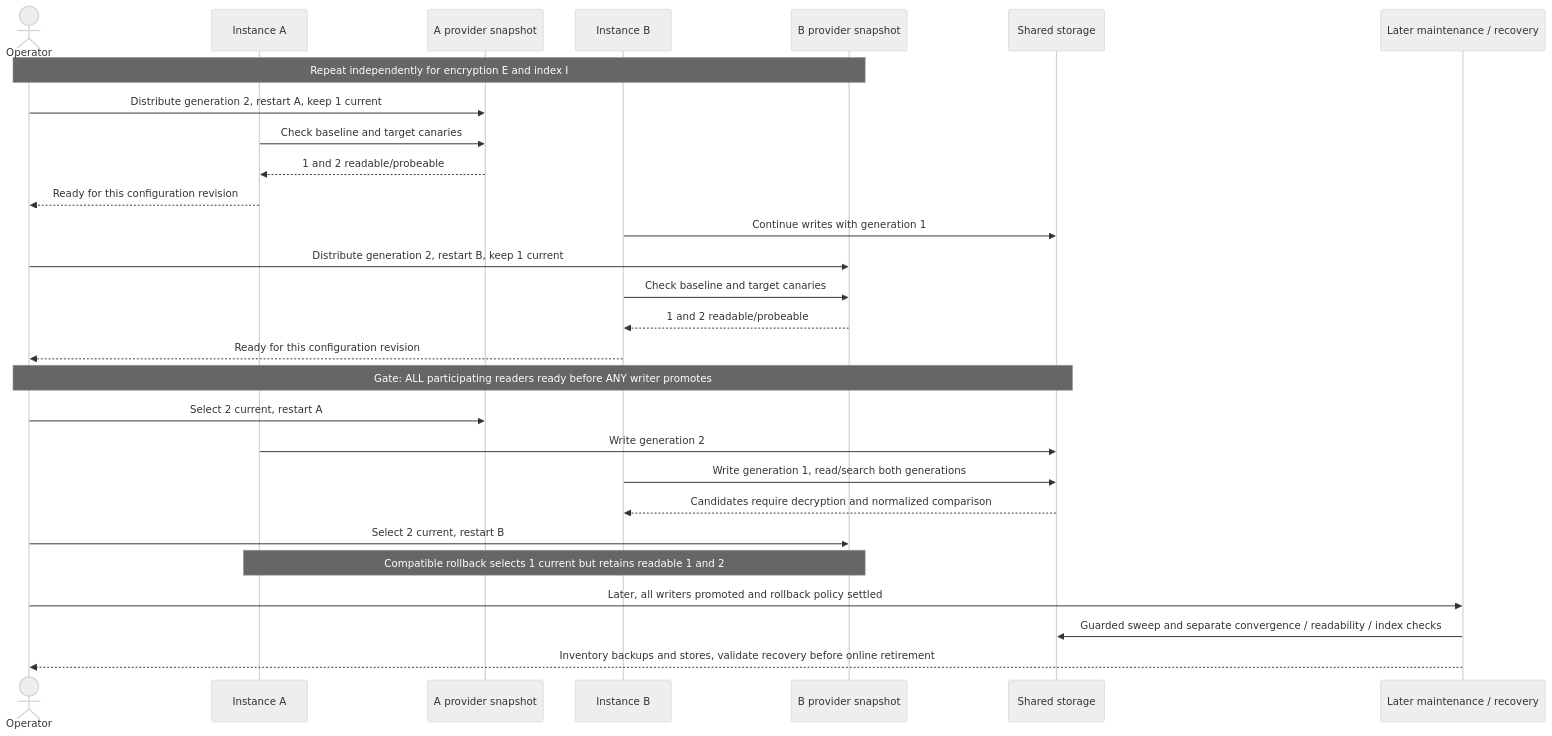
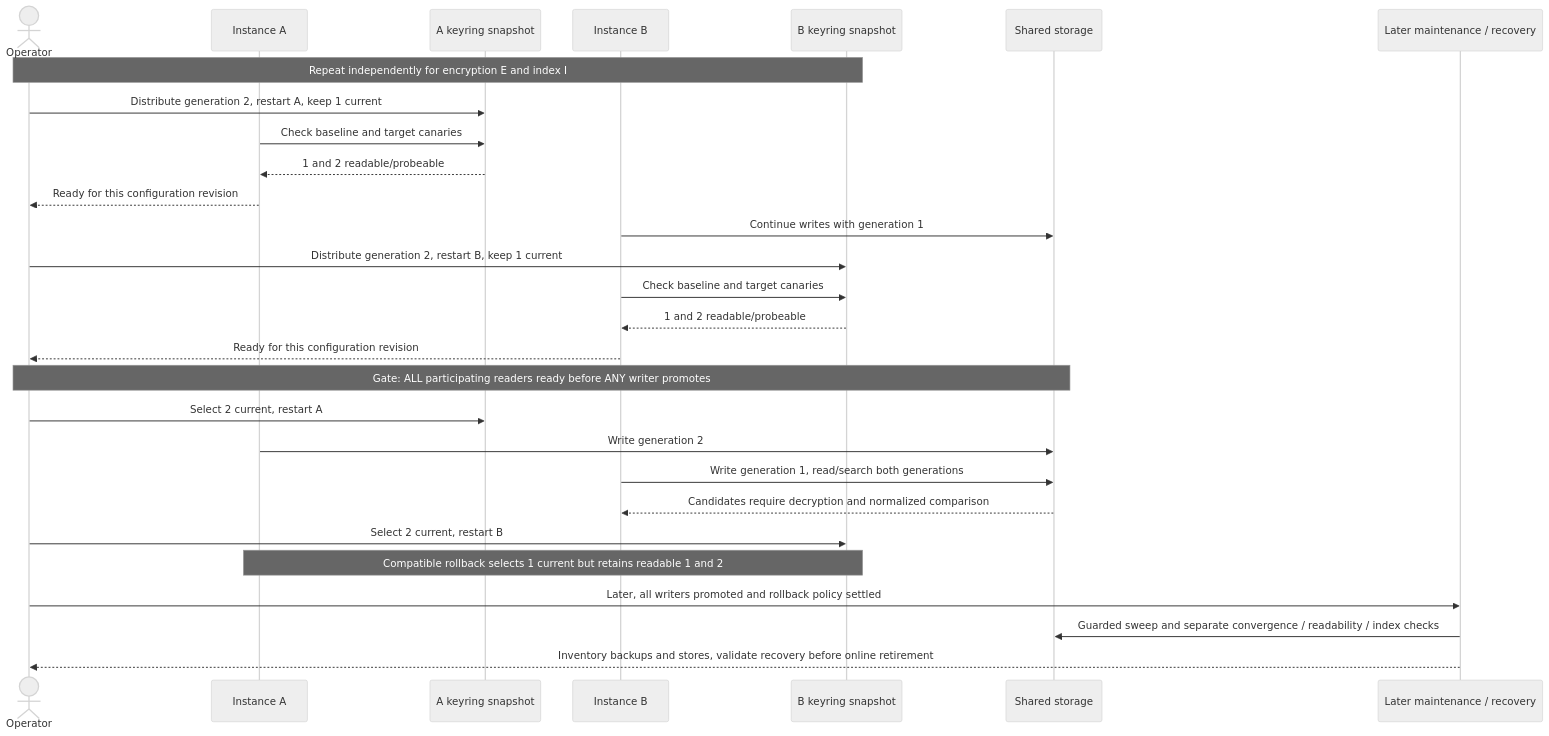
One commit to sagikazarmark/cryptbox changed the diagram in docs/diagrams/rotation.mmd. Above: the diagram before and after it, drawn with Mermaid (neutral theme). The commit also changed 70 other files, not shown here.

```diff
--- a/docs/diagrams/rotation.mmd
+++ b/docs/diagrams/rotation.mmd
@@ -1,28 +1,28 @@
 sequenceDiagram
     actor O as Operator
     participant A as Instance A
-    participant PA as A provider snapshot
+    participant PA as A keyring snapshot
     participant B as Instance B
-    participant PB as B provider snapshot
+    participant PB as B keyring snapshot
     participant DB as Shared storage
     participant M as Later maintenance / recovery
     Note over O,PB: Repeat independently for encryption E and index I
     O->>PA: Distribute generation 2, restart A, keep 1 current
     A->>PA: Check baseline and target canaries
     PA-->>A: 1 and 2 readable/probeable
     A-->>O: Ready for this configuration revision
     B->>DB: Continue writes with generation 1
     O->>PB: Distribute generation 2, restart B, keep 1 current
     B->>PB: Check baseline and target canaries
     PB-->>B: 1 and 2 readable/probeable
     B-->>O: Ready for this configuration revision
     Note over O,DB: Gate: ALL participating readers ready before ANY writer promotes
     O->>PA: Select 2 current, restart A
     A->>DB: Write generation 2
     B->>DB: Write generation 1, read/search both generations
     DB-->>B: Candidates require decryption and normalized comparison
     O->>PB: Select 2 current, restart B
     Note over A,PB: Compatible rollback selects 1 current but retains readable 1 and 2
     O->>M: Later, all writers promoted and rollback policy settled
     M->>DB: Guarded sweep and separate convergence / readability / index checks
     M-->>O: Inventory backups and stores, validate recovery before online retirement
```
